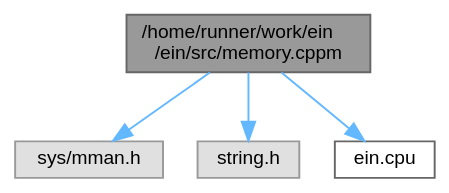
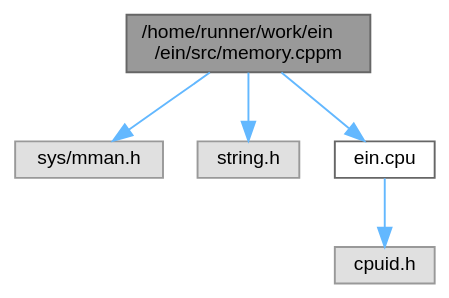
One commit to ekmett/ein changed the diagram in d2/d50/memory_8cppm__incl.dot. Above: the diagram before and after it, drawn with Graphviz. The commit also changed 119 other files, not shown here.

```diff
--- a/d2/d50/memory_8cppm__incl.dot
+++ b/d2/d50/memory_8cppm__incl.dot
@@ -1,14 +1,16 @@
 digraph "/home/runner/work/ein/ein/src/memory.cppm"
 {
  // LATEX_PDF_SIZE
   bgcolor="transparent";
   edge [fontname=Helvetica,fontsize=10,labelfontname=Helvetica,labelfontsize=10];
   node [fontname=Helvetica,fontsize=10,shape=box,height=0.2,width=0.4];
   Node1 [id="Node000001",label="/home/runner/work/ein\l/ein/src/memory.cppm",height=0.2,width=0.4,color="gray40", fillcolor="grey60", style="filled", fontcolor="black",tooltip="memory primitives"];
   Node1 -> Node2 [id="edge1_Node000001_Node000002",color="steelblue1",style="solid",tooltip=" "];
   Node2 [id="Node000002",label="sys/mman.h",height=0.2,width=0.4,color="grey60", fillcolor="#E0E0E0", style="filled",tooltip=" "];
   Node1 -> Node3 [id="edge2_Node000001_Node000003",color="steelblue1",style="solid",tooltip=" "];
   Node3 [id="Node000003",label="string.h",height=0.2,width=0.4,color="grey60", fillcolor="#E0E0E0", style="filled",tooltip=" "];
   Node1 -> Node4 [id="edge3_Node000001_Node000004",color="steelblue1",style="solid",tooltip=" "];
   Node4 [id="Node000004",label="ein.cpu",height=0.2,width=0.4,color="grey40", fillcolor="white", style="filled",URL="$d7/d81/cpu_8cppm.html",tooltip=" "];
+  Node4 -> Node5 [id="edge4_Node000004_Node000005",color="steelblue1",style="solid",tooltip=" "];
+  Node5 [id="Node000005",label="cpuid.h",height=0.2,width=0.4,color="grey60", fillcolor="#E0E0E0", style="filled",tooltip=" "];
 }
```
